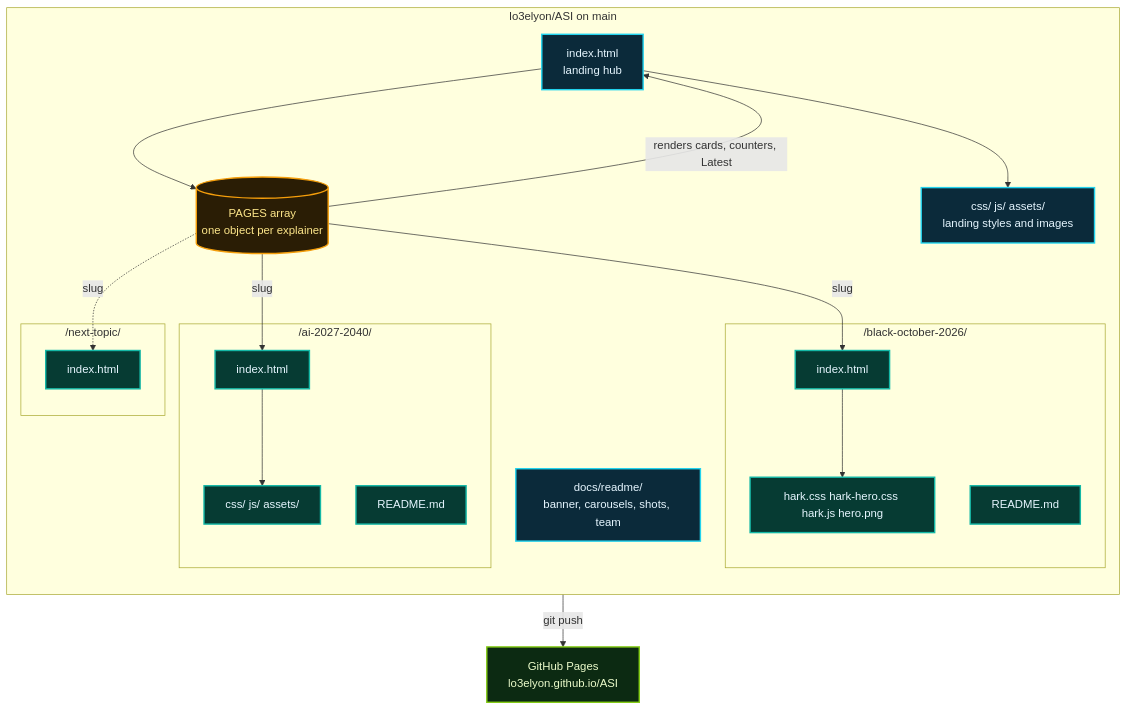
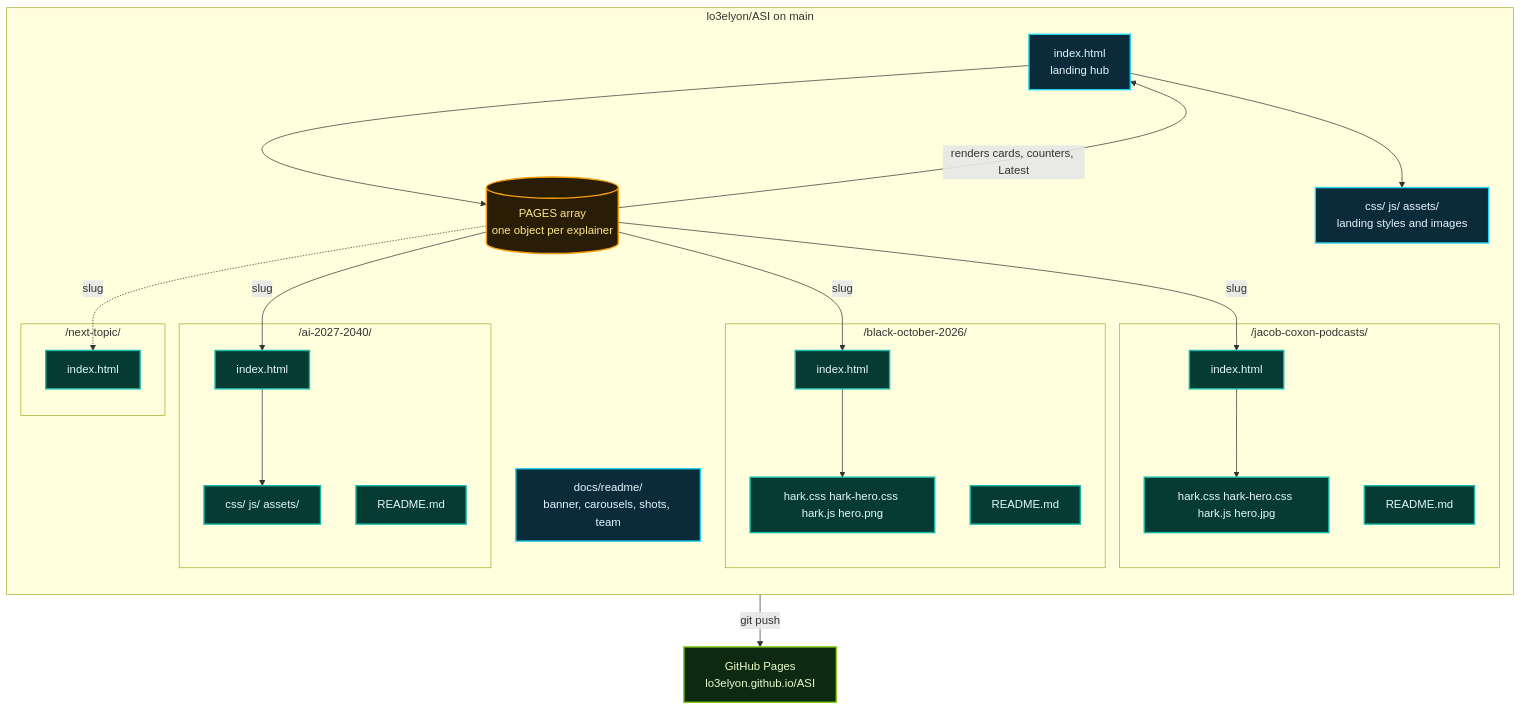
The eighth of 10 diagrams in README.md (lo3elyon/ASI), drawn with Mermaid before and after one commit. The commit also changed other lines of this file, not shown here.

Commit message:
Update README.md: add /jacob-coxon-podcasts/ route

````diff
--- a/README.md
+++ b/README.md
@@ -494,40 +617,47 @@
 ```mermaid
 flowchart TB
     subgraph REPO["lo3elyon/ASI on main"]
         direction TB
         ROOT["index.html<br/>landing hub"]
         PAGES[("PAGES array<br/>one object per explainer")]
         RA["css/ js/ assets/<br/>landing styles and images"]
         subgraph R1["/ai-2027-2040/"]
             I1["index.html"]
             A1["css/ js/ assets/"]
             RM1["README.md"]
         end
         subgraph R2["/black-october-2026/"]
             I2["index.html"]
             A2["hark.css hark-hero.css hark.js hero.png"]
             RM2["README.md"]
         end
+        subgraph R3["/jacob-coxon-podcasts/"]
+            I3["index.html"]
+            A3["hark.css hark-hero.css hark.js hero.jpg"]
+            RM3["README.md"]
+        end
         subgraph RN["/next-topic/"]
             IN["index.html"]
         end
         DOCS["docs/readme/<br/>banner, carousels, shots, team"]
     end
     ROOT --> PAGES
     PAGES -->|"renders cards, counters, Latest"| ROOT
     ROOT --> RA
     PAGES -->|"slug"| I1
     PAGES -->|"slug"| I2
     I2 --> A2
+    PAGES -->|"slug"| I3
+    I3 --> A3
     PAGES -.->|"slug"| IN
     I1 --> A1
     REPO -->|"git push"| GH["GitHub Pages<br/>lo3elyon.github.io/ASI"]
     classDef hub fill:#0b2a3a,stroke:#22d3ee,stroke-width:2px,color:#e6f6ff
     classDef data fill:#2a1d05,stroke:#f59e0b,stroke-width:2px,color:#fde68a
     classDef page fill:#063b33,stroke:#14b8a6,stroke-width:2px,color:#e6f6ff
     classDef deploy fill:#0c2a12,stroke:#84cc16,stroke-width:2px,color:#ecfccb
     class ROOT,RA,DOCS hub
     class PAGES data
-    class I1,A1,RM1,I2,A2,RM2,IN page
+    class I1,A1,RM1,I2,A2,RM2,I3,A3,RM3,IN page
     class GH deploy
 ```
````
